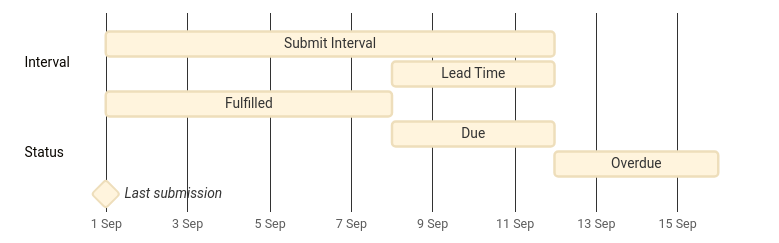
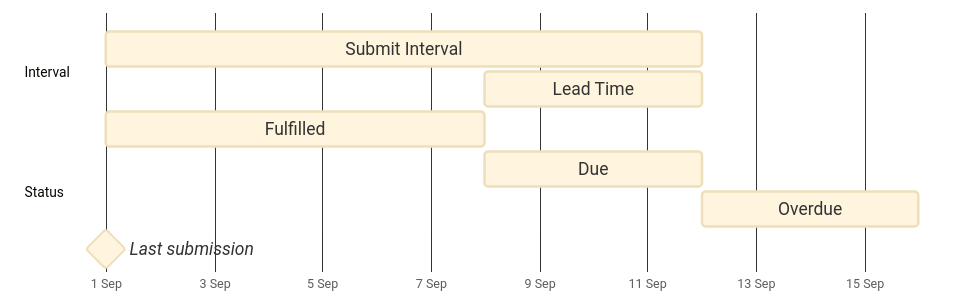
The diagram in docs/drafts/intervals-and-lead-times.md (opus-safety/opus-knowledge-base), drawn with Mermaid before and after one commit.

Commit message:
Update intervals and lead times
Published via More Buttons Chrome Extension

````diff
--- a/docs/drafts/intervals-and-lead-times.md
+++ b/docs/drafts/intervals-and-lead-times.md
@@ -29,25 +29,27 @@
 ```mermaid
 ---
 config:
   theme: base
   gantt:
-    useWidth: 640
+    useWidth: 800
+    barHeight: 28
+    fontSize: 14
   themeVariables:
     sectionBkgColor: transparent
     altSectionBkgColor: transparent
     sectionBkgColor2: transparent
   themeCSS: "[id$='-i']{fill:#9ca3af26 !important;stroke:#7d8590 !important;stroke-width:2px;}[id$='-l']{fill:#7d859026 !important;stroke:#57606a !important;stroke-width:2px;}[id$='-s']{fill:#22c55e26 !important;stroke:#16a34a !important;stroke-width:2px;}[id$='-d']{fill:#f59e0b26 !important;stroke:#d97706 !important;stroke-width:2px;}[id$='-o']{fill:#ef444426 !important;stroke:#dc2626 !important;stroke-width:2px;}[id$='-m1']{fill:#57606a !important;stroke:#374151 !important;}.grid .tick line{stroke:none !important;}.grid .tick:first-of-type line{stroke:#9ca3af !important;}.grid .tick text{display:none;}.sectionTitle{display:none;}rect.section{fill:transparent !important;}text.taskText,text.taskTextOutsideRight,text.taskTextOutsideLeft,text.taskTextOutside0,text.taskTextOutside1,text.milestoneText{fill:currentColor !important;}"
 ---
 gantt
   dateFormat YYYY-MM-DD
   axisFormat %e %b
   todayMarker off
   section Interval
     Submit Interval : i, 2026-09-01, 11d
     Lead Time : l, 2026-09-08, 4d
   section Status
     Fulfilled : s, 2026-09-01, 7d
     Due : d, 2026-09-08, 4d
     Overdue : o, 2026-09-12, 4d
     Last submission : milestone, m1, 2026-09-01, 0d
 ```
````
